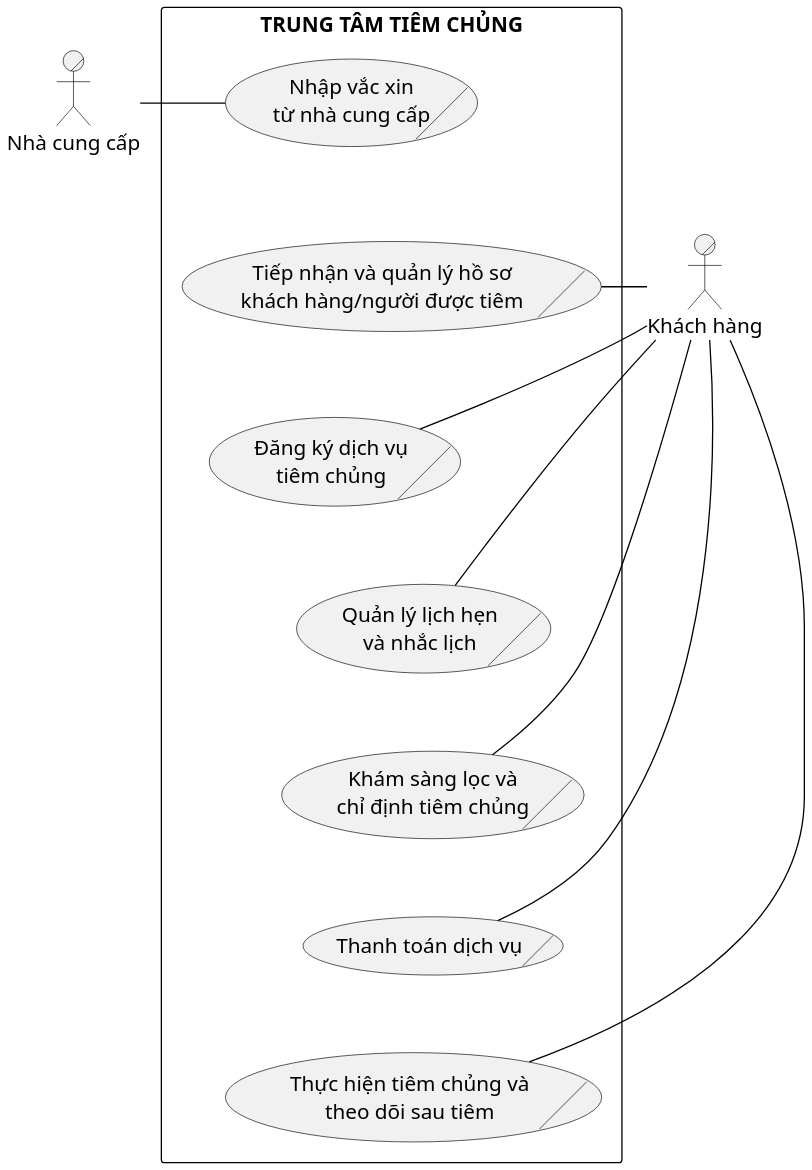
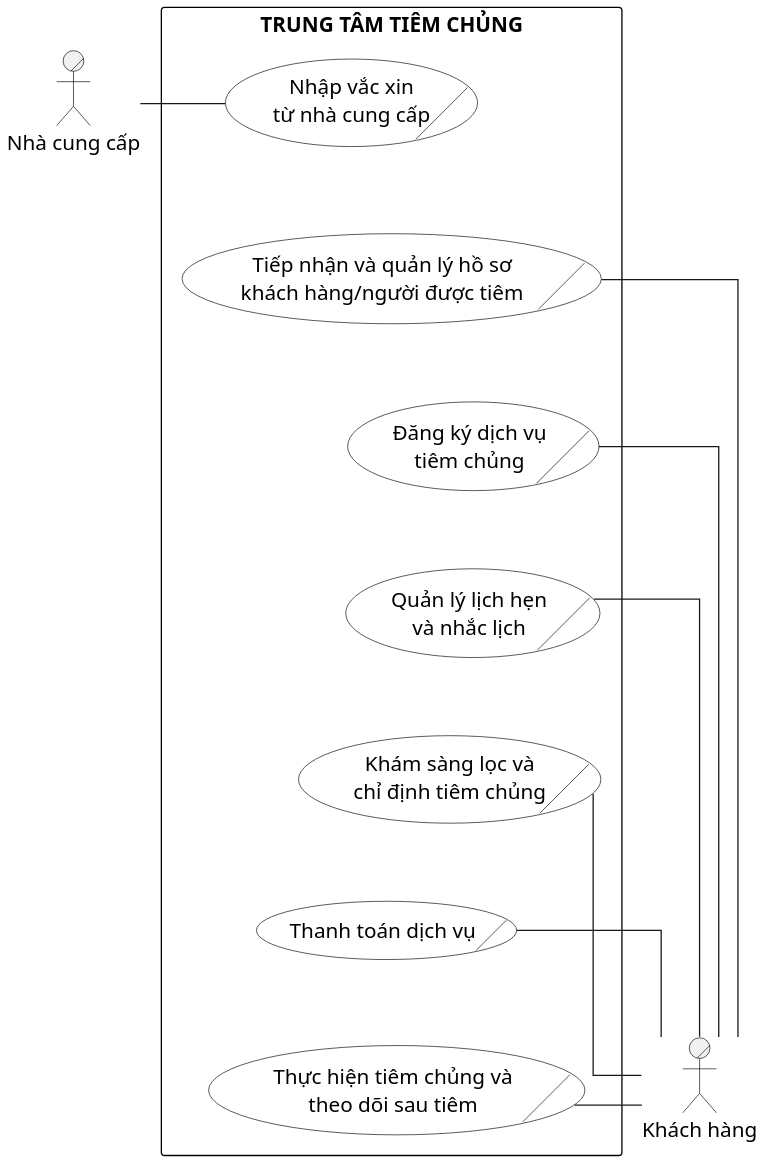
Before and after one commit to datngo1203/KLCN-QuanLyTiemChung: the diagram in docs/thesis/uml/Hinh_2_1_Business_Use_Case_Tong_The.puml, drawn with PlantUML. The commit also changed 8 other files, not shown here.

Commit message:
docs: normalize business UML print layout

```diff
--- a/docs/thesis/uml/Hinh_2_1_Business_Use_Case_Tong_The.puml
+++ b/docs/thesis/uml/Hinh_2_1_Business_Use_Case_Tong_The.puml
@@ -1,46 +1,47 @@
 @startuml
 ' HUIT UML Visual Profile v1
 skinparam monochrome true
 skinparam shadowing false
 skinparam backgroundColor white
 skinparam defaultFontName "Times New Roman"
 skinparam defaultFontSize 16
-skinparam ArrowColor black
 skinparam ActorBorderColor black
 skinparam UsecaseBorderColor black
+skinparam UsecaseBackgroundColor white
 skinparam RectangleBorderColor black
-skinparam packageStyle rectangle
+skinparam RectangleBackgroundColor white
+skinparam linetype ortho
 skinparam dpi 180
 
 top to bottom direction
 
 actor/ "Nhà cung cấp" as Supplier
 actor/ "Khách hàng" as Customer
 
 rectangle "TRUNG TÂM TIÊM CHỦNG" as BusinessBoundary {
   usecase/ "Nhập vắc xin\ntừ nhà cung cấp" as BUC1
   usecase/ "Tiếp nhận và quản lý hồ sơ\nkhách hàng/người được tiêm" as BUC2
   usecase/ "Đăng ký dịch vụ\ntiêm chủng" as BUC3
   usecase/ "Quản lý lịch hẹn\nvà nhắc lịch" as BUC4
   usecase/ "Khám sàng lọc và\nchỉ định tiêm chủng" as BUC5
   usecase/ "Thanh toán dịch vụ" as BUC6
   usecase/ "Thực hiện tiêm chủng và\ntheo dõi sau tiêm" as BUC7
 
   BUC1 -[hidden]down- BUC2
   BUC2 -[hidden]down- BUC3
   BUC3 -[hidden]down- BUC4
   BUC4 -[hidden]down- BUC5
   BUC5 -[hidden]down- BUC6
   BUC6 -[hidden]down- BUC7
 }
 
-' Association Actor–Use Case: solid line, no arrowhead
 Supplier -right- BUC1
-BUC4 -right- Customer
-Customer -- BUC2
-Customer -- BUC3
-Customer -- BUC5
-Customer -- BUC6
-Customer -- BUC7
+Customer -left- BUC2
+Customer -left- BUC3
+Customer -left- BUC4
+Customer -left- BUC5
+Customer -left- BUC6
+Customer -left- BUC7
+BUC4 -[hidden]right- Customer
 
 @enduml
```
